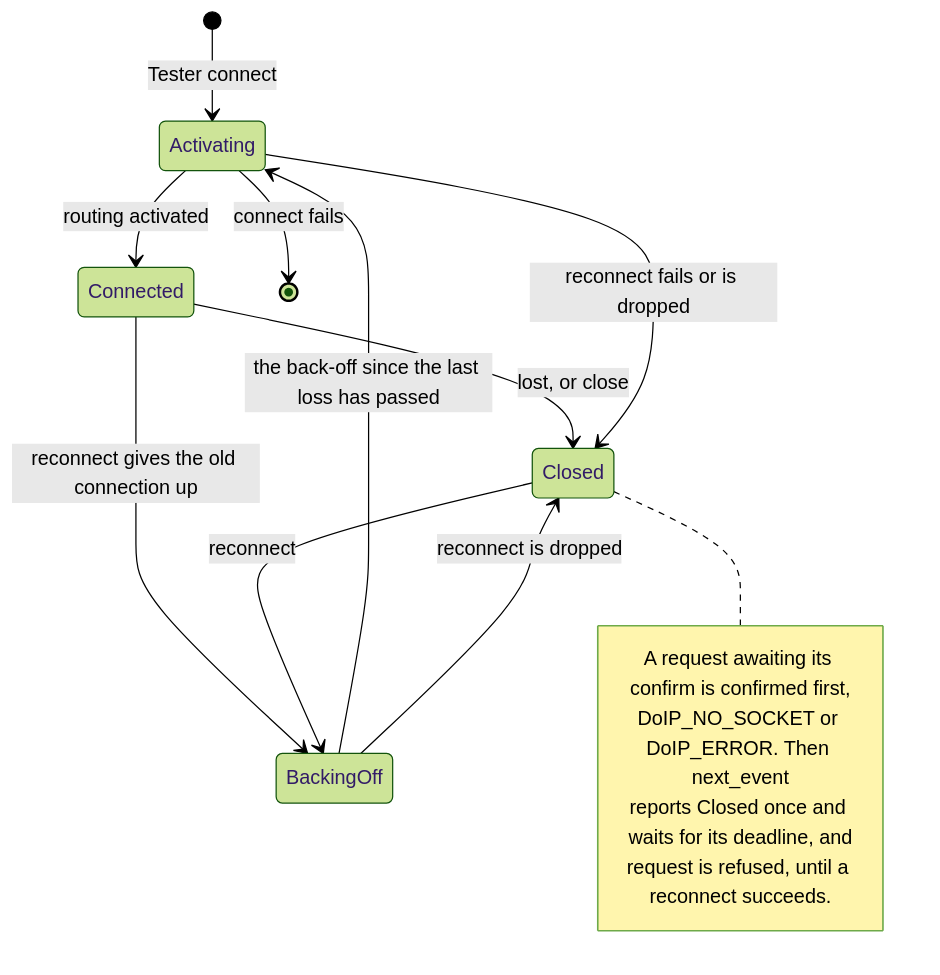
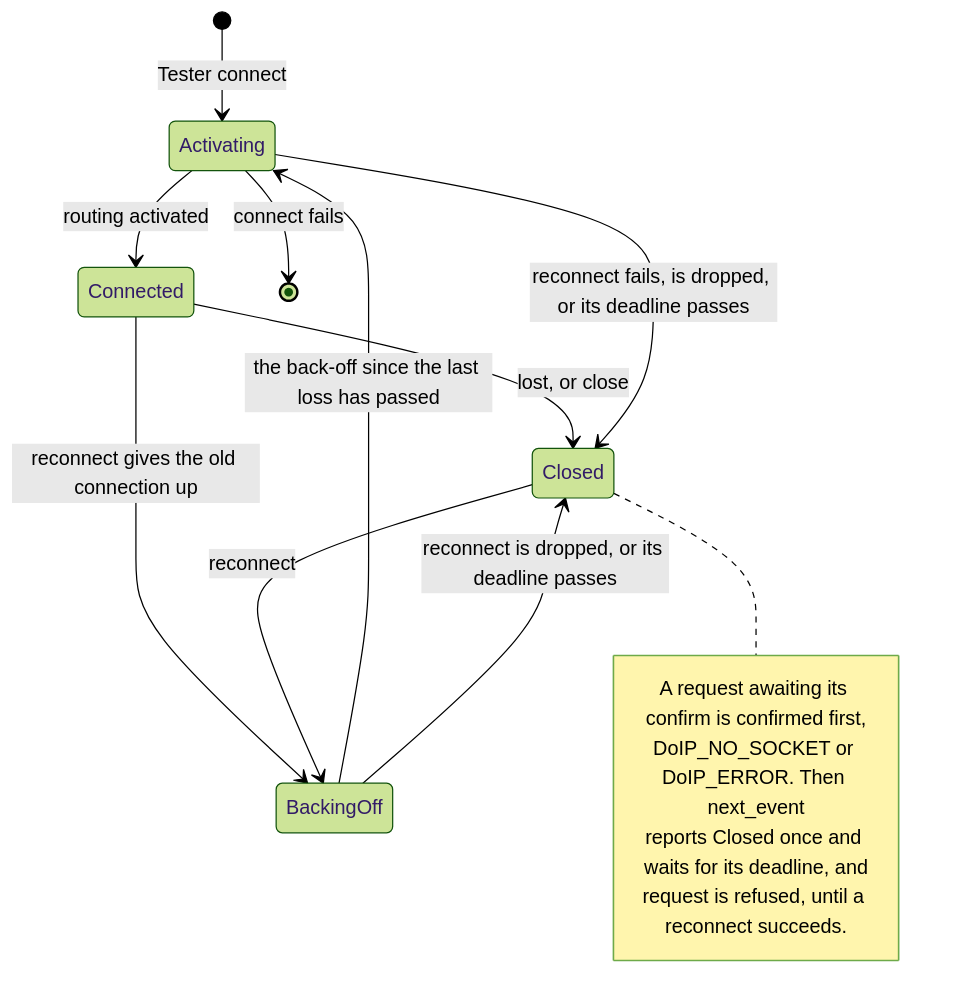
The first of 2 diagrams in crates/simple_doip/ARCHITECTURE.md (luminartech/uds_stack), drawn with Mermaid (forest theme) before and after one commit. The commit also changed 7 other files, not shown here.

First line of the commit message:
feat(simple_doip)!: a reconnect takes the caller's deadline, and the client transport honours it

````diff
--- a/crates/simple_doip/ARCHITECTURE.md
+++ b/crates/simple_doip/ARCHITECTURE.md
@@ -100,18 +100,18 @@
 ```mermaid
 stateDiagram-v2
     [*] --> Activating: Tester connect
     Activating --> Connected: routing activated
     Activating --> [*]: connect fails
     Connected --> Closed: lost, or close
     Connected --> BackingOff: reconnect gives the old connection up
     Closed --> BackingOff: reconnect
     BackingOff --> Activating: the back-off since the last loss has passed
-    Activating --> Closed: reconnect fails or is dropped
-    BackingOff --> Closed: reconnect is dropped
+    Activating --> Closed: reconnect fails, is dropped, or its deadline passes
+    BackingOff --> Closed: reconnect is dropped, or its deadline passes
     note right of Closed
         A request awaiting its confirm is confirmed first,
         DoIP_NO_SOCKET or DoIP_ERROR. Then next_event
         reports Closed once and waits for its deadline, and
         request is refused, until a reconnect succeeds.
     end note
 ```
````
